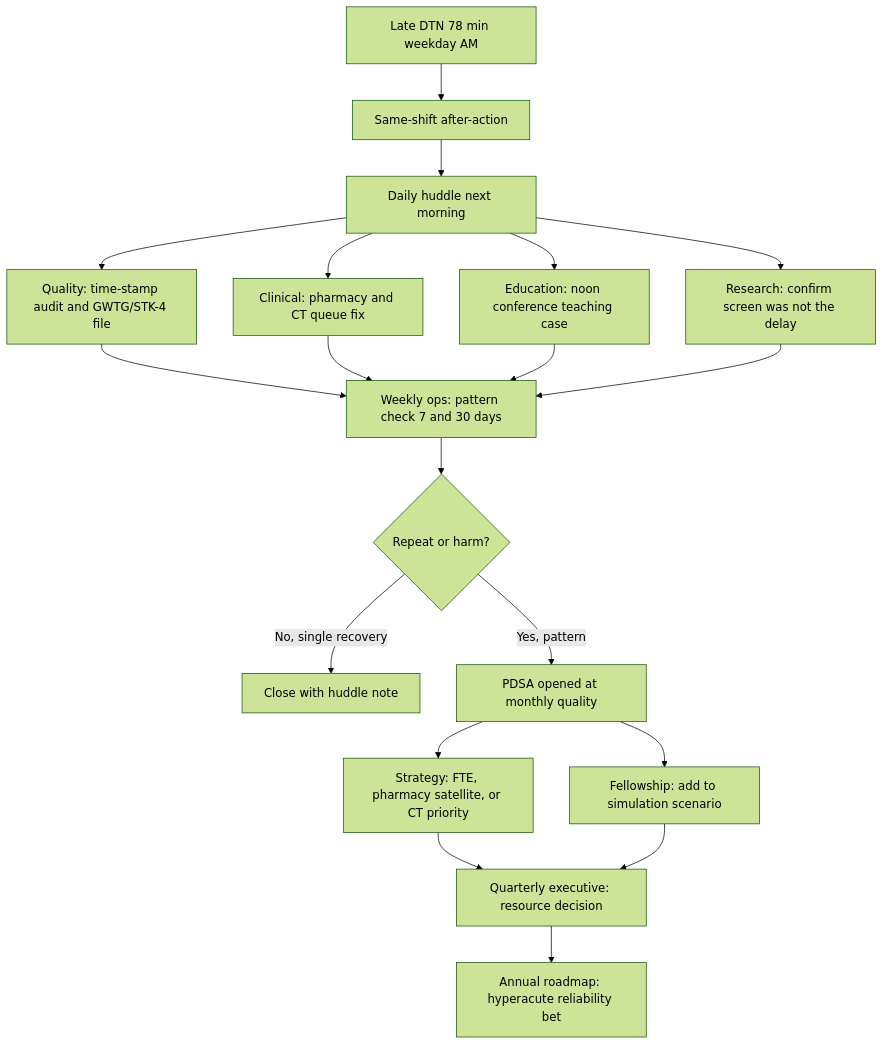
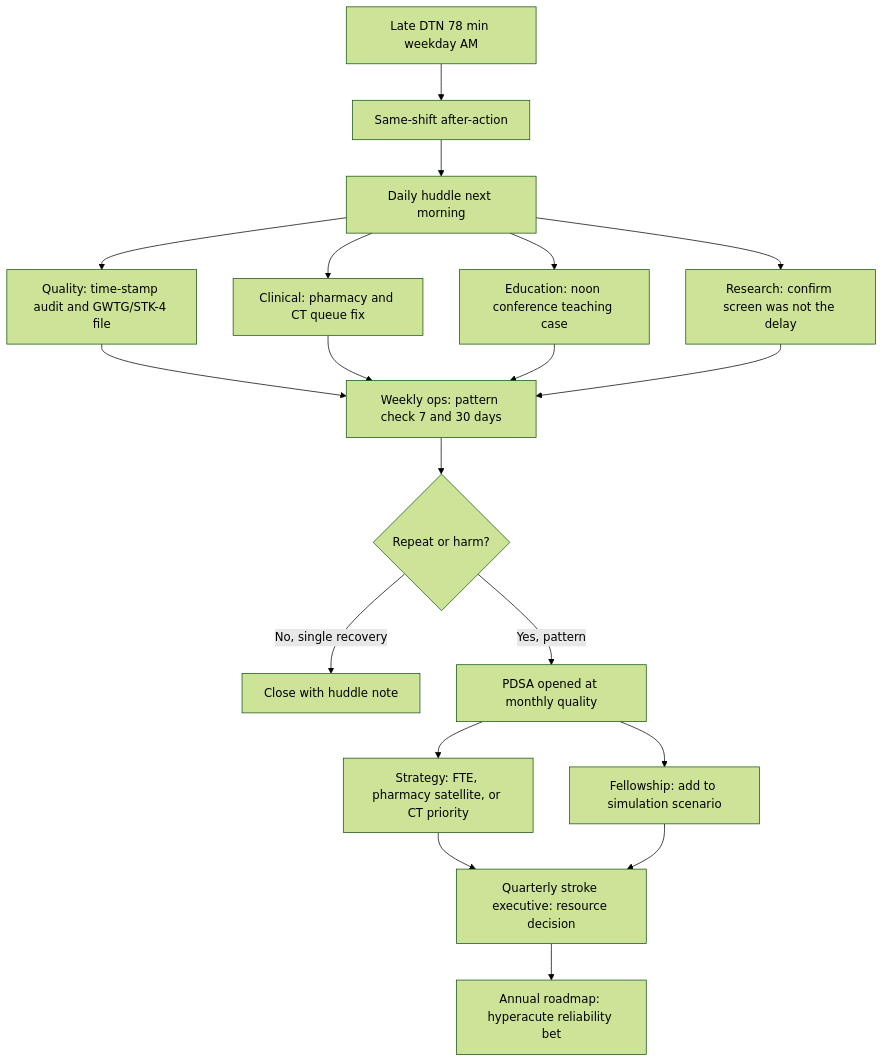
Before and after one commit to rkalani1/CSC: the first of 2 diagrams in docs/playbooks/37-integrating-pillars.md, drawn with Mermaid (forest theme). The commit also changed other lines of this file and 62 other files, not shown here.

````diff
--- a/docs/playbooks/37-integrating-pillars.md
+++ b/docs/playbooks/37-integrating-pillars.md
@@ -62,21 +62,21 @@
 ```mermaid
 flowchart TD
     A["Late DTN 78 min weekday AM"] --> B["Same-shift after-action"]
     B --> C["Daily huddle next morning"]
     C --> D["Quality: time-stamp audit and GWTG/STK-4 file"]
     C --> E["Clinical: pharmacy and CT queue fix"]
     C --> F["Education: noon conference teaching case"]
     C --> G["Research: confirm screen was not the delay"]
     D --> H["Weekly ops: pattern check 7 and 30 days"]
     E --> H
     F --> H
     G --> H
     H --> I{"Repeat or harm?"}
     I -->|"No, single recovery"| J["Close with huddle note"]
     I -->|"Yes, pattern"| K["PDSA opened at monthly quality"]
     K --> L["Strategy: FTE, pharmacy satellite, or CT priority"]
     K --> M["Fellowship: add to simulation scenario"]
-    L --> N["Quarterly executive: resource decision"]
+    L --> N["Quarterly stroke executive: resource decision"]
     M --> N
     N --> O["Annual roadmap: hyperacute reliability bet"]
 ```
````
